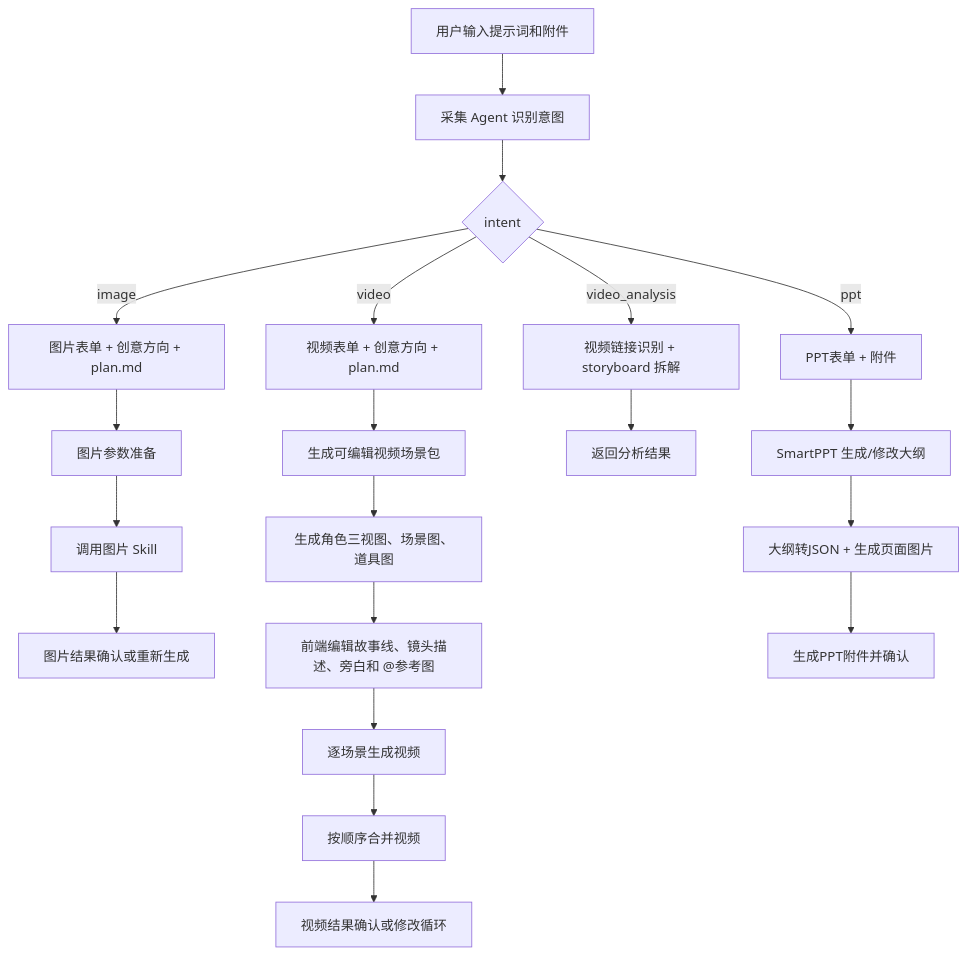
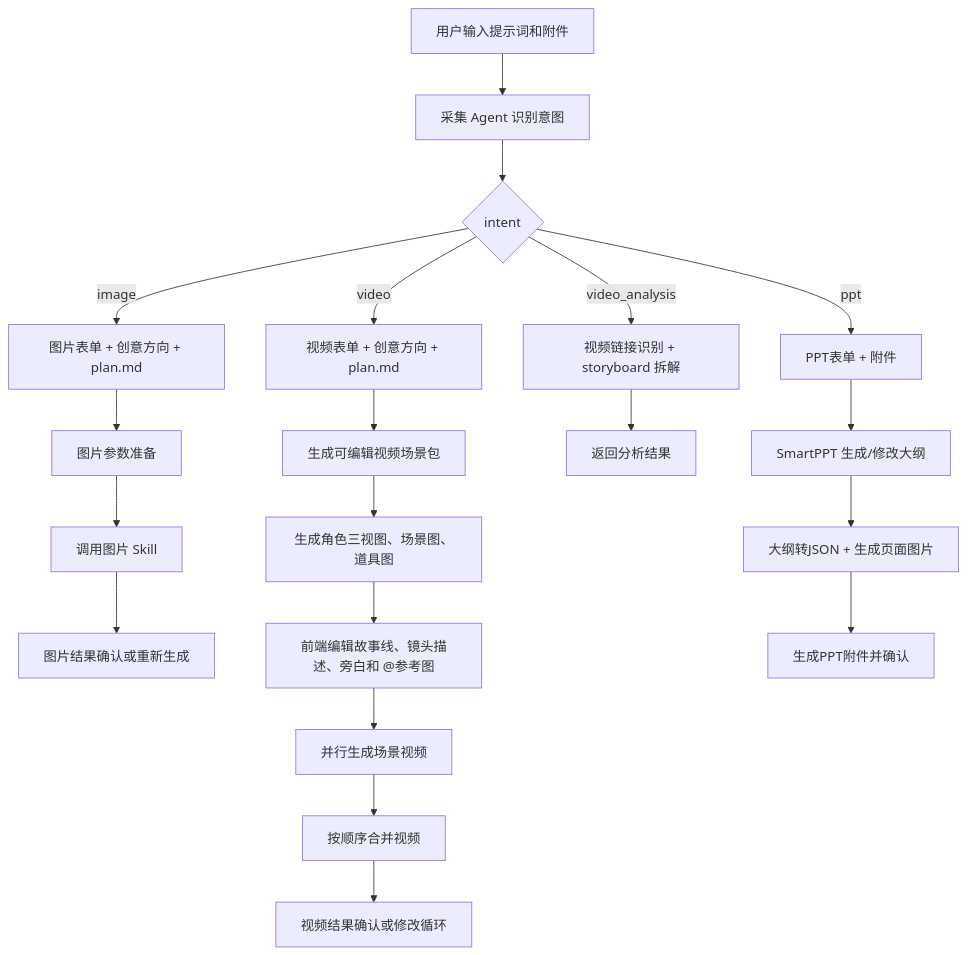
The second of 2 diagrams in README.md (joyslxd/pixelflow), drawn with Mermaid before and after one commit. The commit also changed other lines of this file and 7 other files, not shown here.

````diff
--- a/README.md
+++ b/README.md
@@ -71,22 +71,22 @@
 ```mermaid
 flowchart TD
   A["用户输入提示词和附件"] --> B["采集 Agent 识别意图"]
   B --> C{"intent"}
   C -->|"image"| D["图片表单 + 创意方向 + plan.md"]
   C -->|"video"| E["视频表单 + 创意方向 + plan.md"]
   C -->|"video_analysis"| F["视频链接识别 + storyboard 拆解"]
   C -->|"ppt"| Q["PPT表单 + 附件"]
   D --> G["图片参数准备"]
   G --> H["调用图片 Skill"]
   H --> I["图片结果确认或重新生成"]
   E --> J["生成可编辑视频场景包"]
   J --> K["生成角色三视图、场景图、道具图"]
   K --> L["前端编辑故事线、镜头描述、旁白和 @参考图"]
-  L --> M["逐场景生成视频"]
+  L --> M["并行生成场景视频"]
   M --> N["按顺序合并视频"]
   N --> O["视频结果确认或修改循环"]
   F --> P["返回分析结果"]
   Q --> R["SmartPPT 生成/修改大纲"]
   R --> S["大纲转JSON + 生成页面图片"]
   S --> T["生成PPT附件并确认"]
 ```
````
